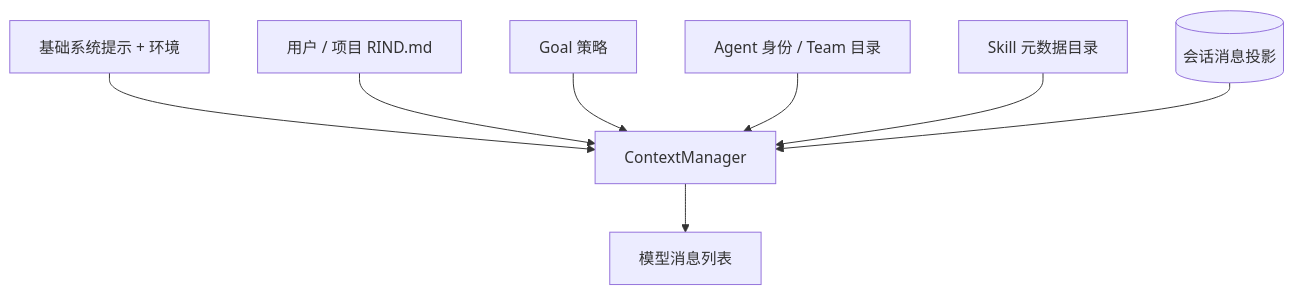
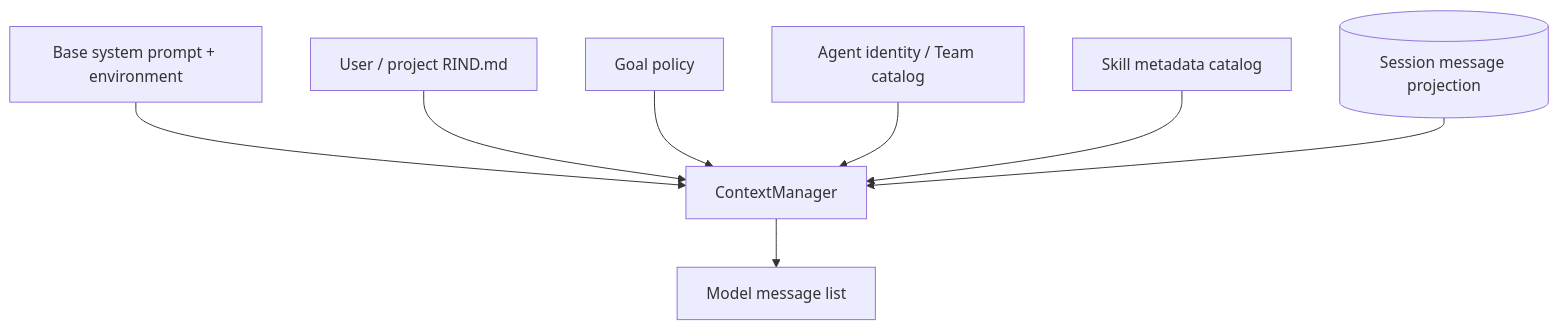
One commit to Azzurroooo/rind changed the diagram in docs/internals/02-context/prompt-assembly.md. Above: the diagram before and after it, drawn with Mermaid. The commit also changed other lines of this file and 109 other files, not shown here.

```diff
--- a/docs/internals/02-context/prompt-assembly.md
+++ b/docs/internals/02-context/prompt-assembly.md
@@ -5,10 +7,10 @@
 ~~~mermaid
 flowchart TB
-    BASE["基础系统提示 + 环境"] --> CM["ContextManager"]
-    DOC["用户 / 项目 RIND.md"] --> CM
-    GOAL["Goal 策略"] --> CM
-    TEAM["Agent 身份 / Team 目录"] --> CM
-    SKILL["Skill 元数据目录"] --> CM
-    HIST[("会话消息投影")] --> CM
-    CM --> REQ["模型消息列表"]
+    BASE["Base system prompt + environment"] --> CM["ContextManager"]
+    DOC["User / project RIND.md"] --> CM
+    GOAL["Goal policy"] --> CM
+    TEAM["Agent identity / Team catalog"] --> CM
+    SKILL["Skill metadata catalog"] --> CM
+    HIST[("Session message projection")] --> CM
+    CM --> REQ["Model message list"]
 ~~~
```
